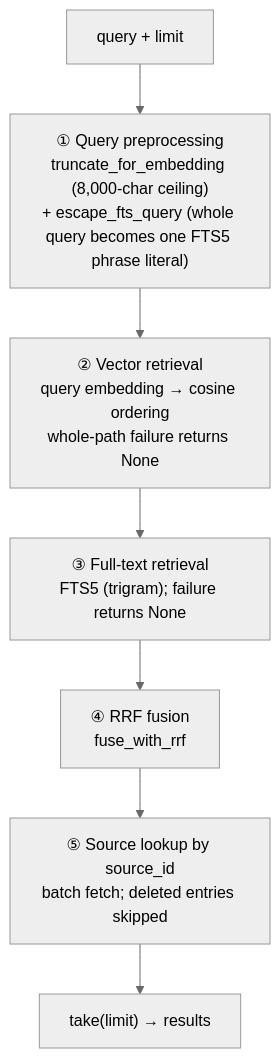
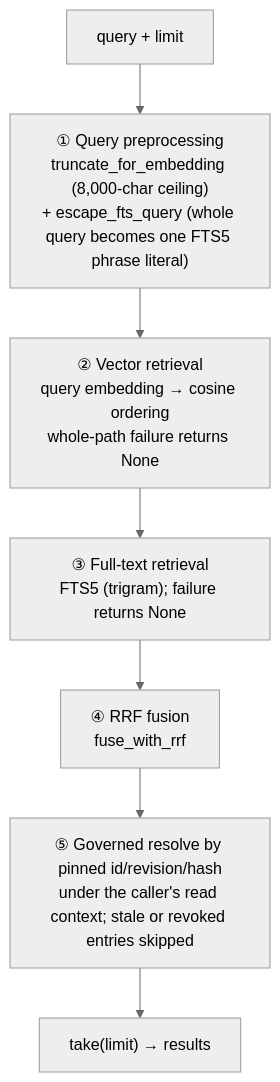
The diagram in docs/developer-guide/src/retrieval.md (cdavid817/vanehub-ai), drawn with Mermaid (neutral theme) before and after one commit. The commit also changed other lines of this file and 102 other files, not shown here.

````diff
--- a/docs/developer-guide/src/retrieval.md
+++ b/docs/developer-guide/src/retrieval.md
@@ -22,9 +22,9 @@
 ```mermaid
 flowchart TB
     Q["query + limit"] --> T["① Query preprocessing<br/>truncate_for_embedding (8,000-char ceiling)<br/>+ escape_fts_query (whole query becomes one FTS5 phrase literal)"]
     T --> V["② Vector retrieval<br/>query embedding → cosine ordering<br/>whole-path failure returns None"]
     V --> K["③ Full-text retrieval<br/>FTS5 (trigram); failure returns None"]
     K --> RRF["④ RRF fusion<br/>fuse_with_rrf"]
-    RRF --> LOOK["⑤ Source lookup by source_id<br/>batch fetch; deleted entries skipped"]
+    RRF --> LOOK["⑤ Governed resolve by pinned id/revision/hash<br/>under the caller's read context; stale or revoked entries skipped"]
     LOOK --> OUT["take(limit) → results"]
 ```
````
